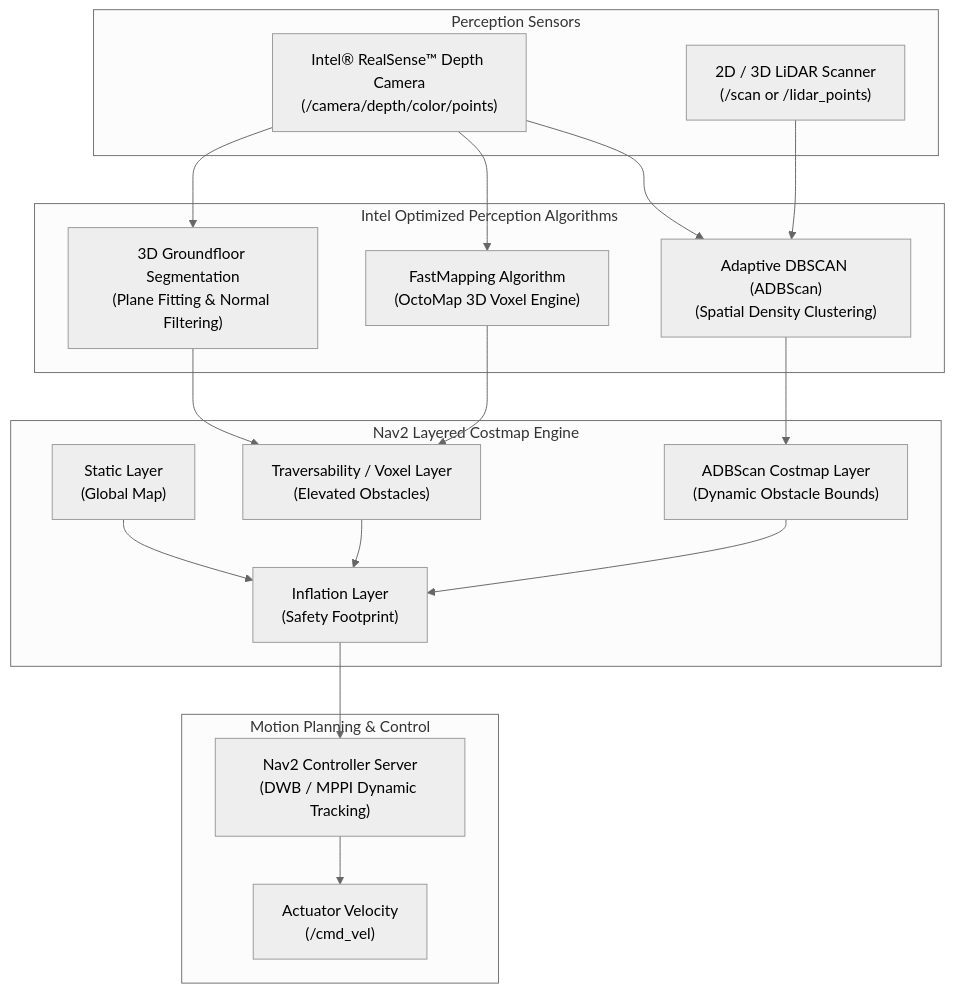
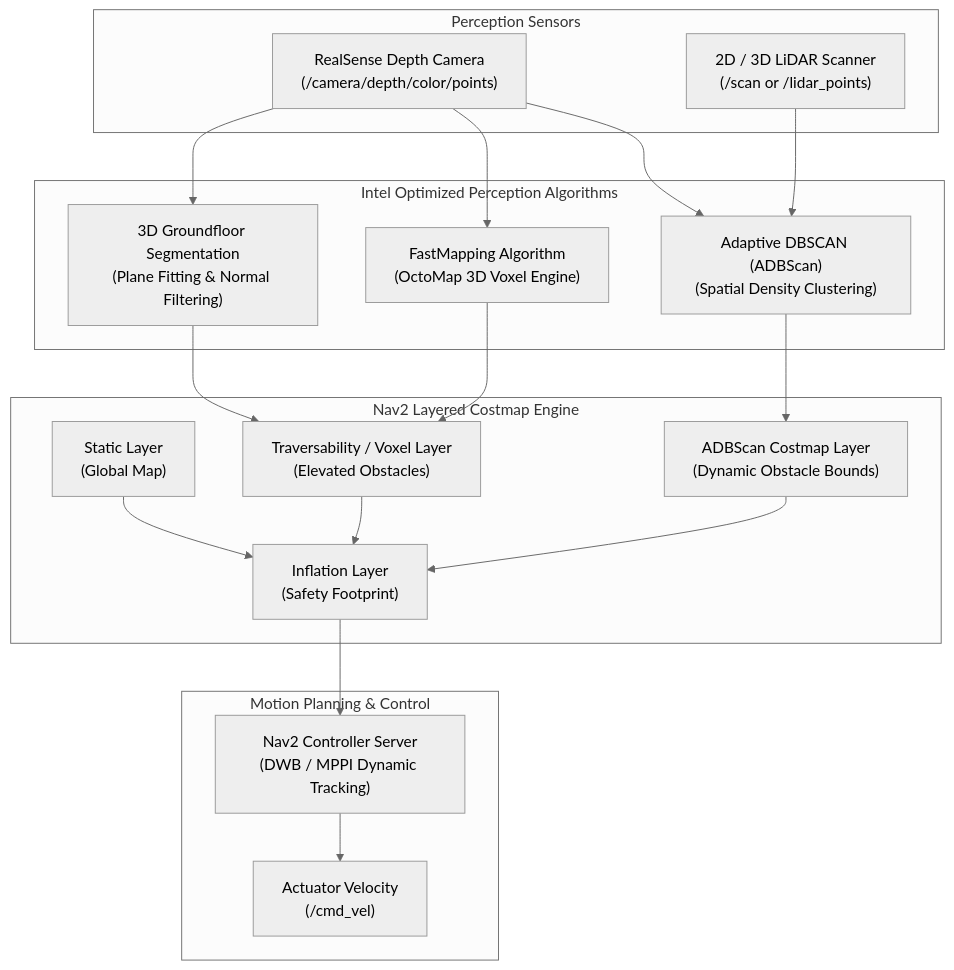
The diagram in docs/user-guide/components/navigation/dynamic-obstacle-avoidance.md (open-edge-platform/robotics-ai-suite-staging), drawn with Mermaid (neutral theme) before and after one commit. The commit also changed 30 other files, not shown here.

````diff
--- a/docs/user-guide/components/navigation/dynamic-obstacle-avoidance.md
+++ b/docs/user-guide/components/navigation/dynamic-obstacle-avoidance.md
@@ -12,40 +12,40 @@
 ```{mermaid}
 flowchart TD
     subgraph Sensors["Perception Sensors"]
-        RS["Intel® RealSense™ Depth Camera\n(/camera/depth/color/points)"]
+        RS["RealSense Depth Camera\n(/camera/depth/color/points)"]
         LiDAR["2D / 3D LiDAR Scanner\n(/scan or /lidar_points)"]
     end
 
     subgraph Processing["Intel Optimized Perception Algorithms"]
         GF["3D Groundfloor Segmentation\n(Plane Fitting & Normal Filtering)"]
         FM["FastMapping Algorithm\n(OctoMap 3D Voxel Engine)"]
         ADB["Adaptive DBSCAN (ADBScan)\n(Spatial Density Clustering)"]
     end
 
     subgraph Nav2_Costmap["Nav2 Layered Costmap Engine"]
         StaticL["Static Layer\n(Global Map)"]
         TraversableL["Traversability / Voxel Layer\n(Elevated Obstacles)"]
         ADBScanL["ADBScan Costmap Layer\n(Dynamic Obstacle Bounds)"]
         InflationL["Inflation Layer\n(Safety Footprint)"]
     end
 
     subgraph Motion["Motion Planning & Control"]
         Controller["Nav2 Controller Server\n(DWB / MPPI Dynamic Tracking)"]
         CmdVel["Actuator Velocity\n(/cmd_vel)"]
     end
 
     RS --> GF
     RS --> FM
     RS --> ADB
     LiDAR --> ADB
 
     GF --> TraversableL
     FM --> TraversableL
     ADB --> ADBScanL
     StaticL --> InflationL
     TraversableL --> InflationL
     ADBScanL --> InflationL
 
     InflationL --> Controller
     Controller --> CmdVel
 ```
````
